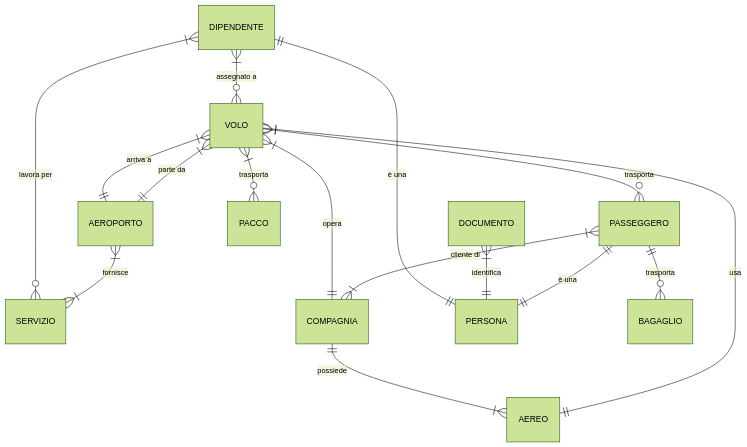
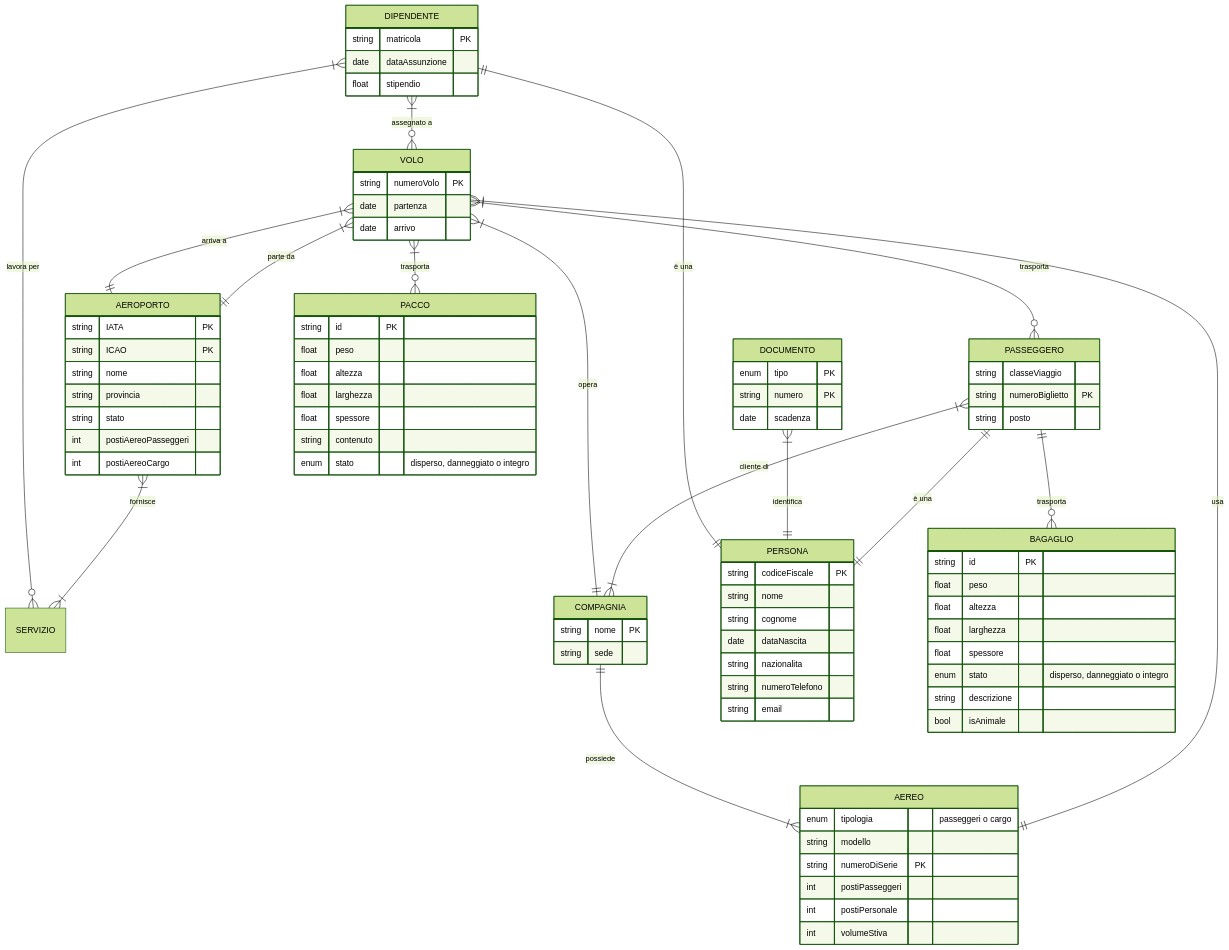
The fifth of 6 diagrams in RELAZIONE.md (Diebbo/aereodb), drawn with Mermaid (forest theme) before and after one commit. The commit also changed other lines of this file, not shown here.

Commit message:
unione componenti okay

````diff
--- a/RELAZIONE.md
+++ b/RELAZIONE.md
@@ -393,4 +391,74 @@
     DIPENDENTE ||--|| PERSONA: "è una"
     DIPENDENTE }|--o{ VOLO: "assegnato a"
     DIPENDENTE }|--o{ SERVIZIO: "lavora per"
+
+    AEROPORTO {
+        string IATA PK
+        string ICAO PK
+        string nome
+        string provincia
+        string stato
+        int postiAereoPasseggeri
+        int postiAereoCargo
+    }
+    VOLO {
+        string numeroVolo PK
+        date partenza
+        date arrivo
+    }
+    AEREO {
+        enum tipologia "passeggeri o cargo"
+        string modello
+        string numeroDiSerie PK
+        int postiPasseggeri
+        int postiPersonale
+        int volumeStiva
+    }
+    COMPAGNIA {
+        string nome PK
+        string sede
+    }
+    PACCO {
+        string id PK
+        float peso
+        float altezza
+        float larghezza
+        float spessore
+        string contenuto
+        enum stato "disperso, danneggiato o integro"
+    }
+    PERSONA {
+        string codiceFiscale PK
+        string nome
+        string cognome
+        date dataNascita
+        string nazionalita
+        string numeroTelefono
+        string email
+    }
+    PASSEGGERO {
+        string classeViaggio
+        string numeroBiglietto PK
+        string posto
+    }
+    BAGAGLIO {
+        string id PK
+        float peso
+        float altezza
+        float larghezza
+        float spessore
+        enum stato "disperso, danneggiato o integro"
+        string descrizione
+        bool isAnimale
+    }
+    DIPENDENTE {
+        string matricola PK
+        date dataAssunzione
+        float stipendio
+    }
+    DOCUMENTO {
+        enum tipo PK
+        string numero PK
+        date scadenza
+    }
 ```
````
